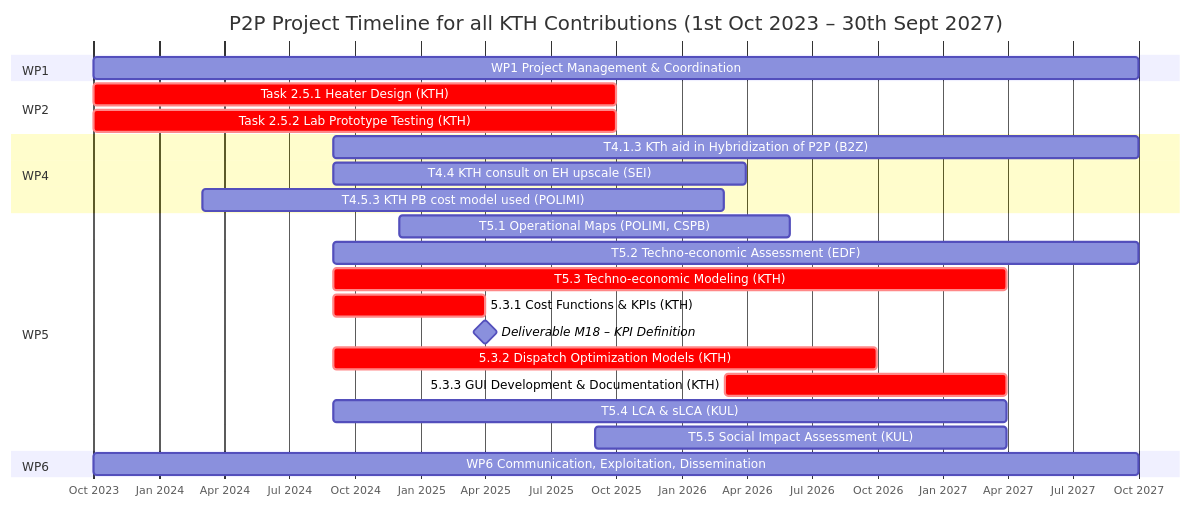
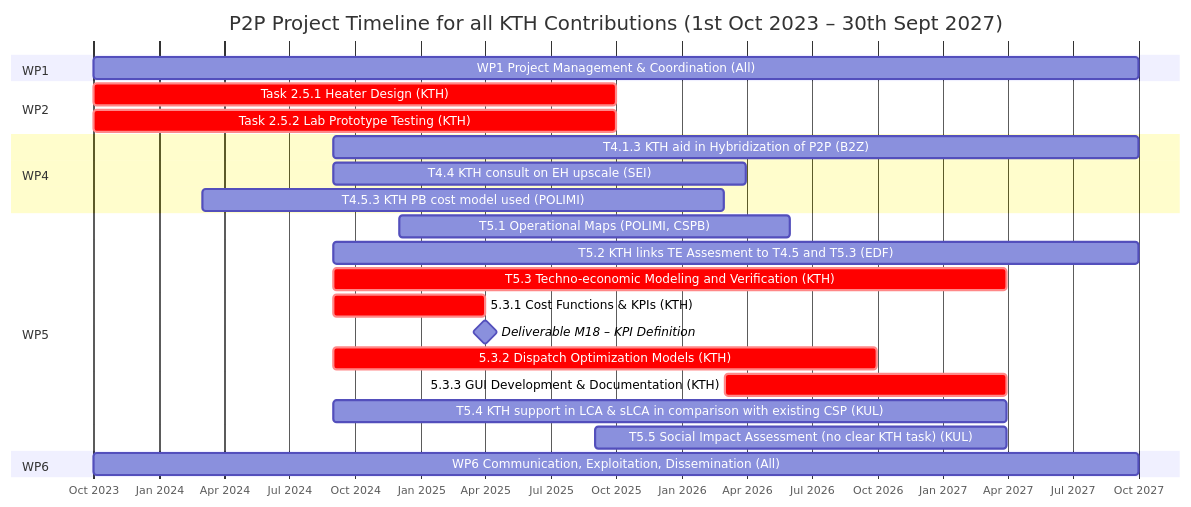
The diagram in README.md (sarabjorkegren/Diverse), drawn with Mermaid before and after one commit.

````diff
--- a/README.md
+++ b/README.md
@@ -2,37 +2,37 @@
 ```mermaid
 gantt
     title P2P Project Timeline for all KTH Contributions (1st Oct 2023 – 30th Sept 2027)
     dateFormat  YYYY-MM-DD
     axisFormat  %b %Y
 
     %% =========================
     section WP1 
-    WP1 Project Management & Coordination :wp1, 2023-10-01, 2027-10-01
+    WP1 Project Management & Coordination (All) :wp1, 2023-10-01, 2027-10-01
 
     %% =========================
     section WP2 
     Task 2.5.1 Heater Design (KTH) :crit, wp2b, 2023-10-01, 2025-09-30
     Task 2.5.2 Lab Prototype Testing (KTH) :crit, wp2c, 2023-10-01, 2025-09-30
 
     %% =========================
     section WP4 
-    T4.1.3 KTh aid  in Hybridization of P2P (B2Z)  :wp4b, 2024-09-01, 2027-10-01
+    T4.1.3 KTH aid  in Hybridization of P2P (B2Z)  :wp4b, 2024-09-01, 2027-10-01
     T4.4 KTH consult on EH upscale (SEI) :wp4d, 2024-09-01, 2026-03-31
     T4.5.3 KTH PB cost model used (POLIMI) :wp4a, 2024-03-01, 2026-02-28
 
     %% =========================
     section WP5 
     T5.1 Operational Maps (POLIMI, CSPB) :wp5f, 2024-12-01, 2026-05-31
-    T5.2 Techno-economic Assessment (EDF) :wp5a, 2024-09-01, 2027-10-01
-    T5.3 Techno-economic Modeling (KTH) :crit, wp5b, 2024-09-01, 2027-03-31
+    T5.2 KTH links TE Assesment to T4.5 and T5.3 (EDF) :wp5a, 2024-09-01, 2027-10-01
+    T5.3 Techno-economic Modeling and Verification (KTH) :crit, wp5b, 2024-09-01, 2027-03-31
     5.3.1 Cost Functions & KPIs (KTH) :crit, wp5c, 2024-09-01, 2025-03-31
     Deliverable M18 – KPI Definition :milestone, m18, 2025-03-31, 0d
     5.3.2 Dispatch Optimization Models (KTH) :crit, wp5d, 2024-09-01, 2026-09-30
     5.3.3 GUI Development & Documentation (KTH) :crit, wp5e, 2026-03-01, 2027-03-31
-    T5.4 LCA & sLCA (KUL) :wp5g, 2024-09-01, 2027-03-31
-    T5.5 Social Impact Assessment (KUL) :wp5h, 2025-09-01, 2027-03-31
+    T5.4 KTH support in LCA & sLCA  in comparison with existing CSP (KUL) :wp5g, 2024-09-01, 2027-03-31
+    T5.5 Social Impact Assessment (no clear KTH task) (KUL) :wp5h, 2025-09-01, 2027-03-31
 
     %% =========================
     section WP6 
-    WP6 Communication, Exploitation, Dissemination :wp6a, 2023-10-01, 2027-10-01
+    WP6 Communication, Exploitation, Dissemination (All) :wp6a, 2023-10-01, 2027-10-01
 ```
````
